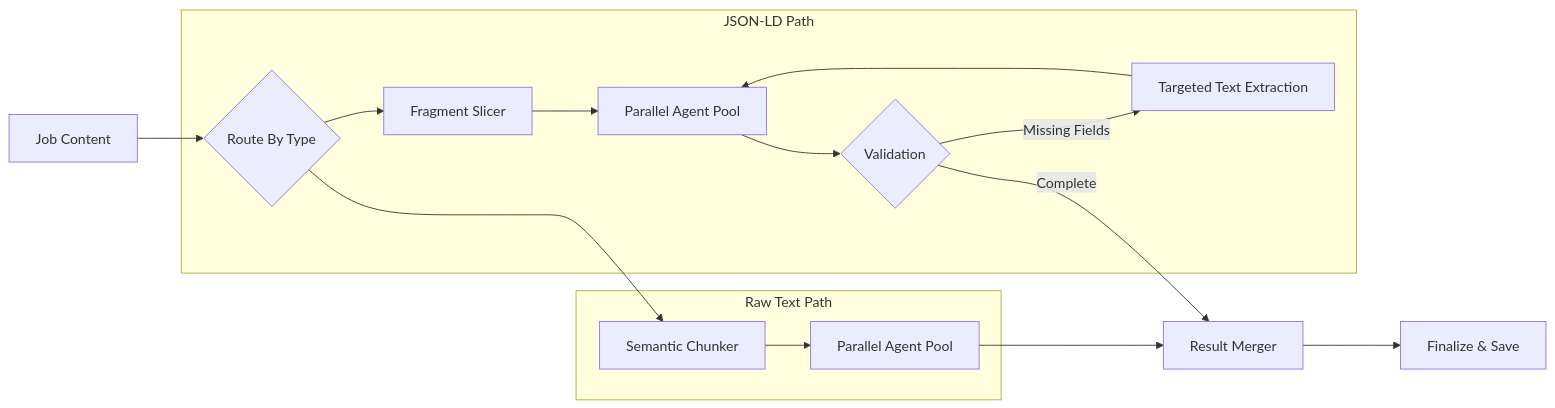
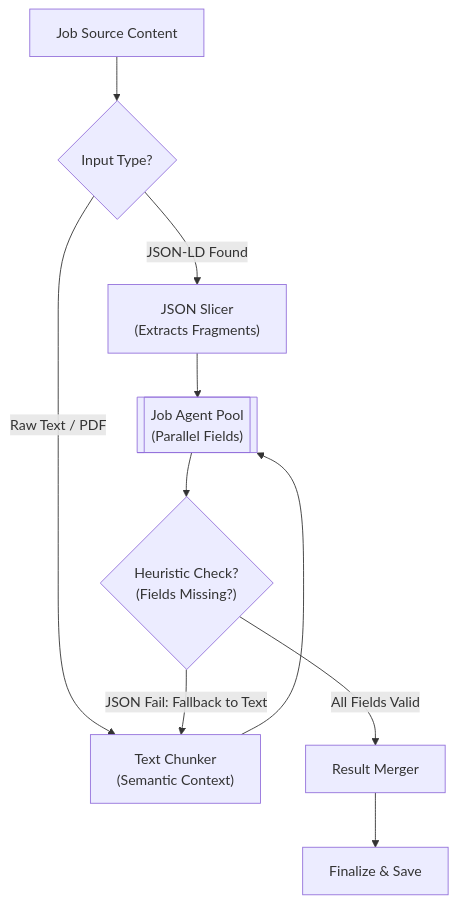
One commit to yicheinchang/lard changed the second of 2 diagrams in backend/README.md. Above: the diagram before and after it, drawn with Mermaid. The commit also changed other lines of this file, not shown here.

Commit message:
docs(ai): revert to TD diagram and clarify text path re-use

````diff
--- a/backend/README.md
+++ b/backend/README.md
@@ -116,21 +115,17 @@
 ```mermaid
-graph LR
-    Source["Job Content"] --> Router{"Route By Type"}
+graph TD
+    Source["Job Source Content"] --> Router{"Input Type?"}
     
-    subgraph JSON_LD_Pipeline [JSON-LD Path]
-        Router --> Slicer["Fragment Slicer"]
-        Slicer --> Agents["Parallel Agent Pool"]
-        Agents --> Heuristic{"Validation"}
-        Heuristic -- "Missing Fields" --> Fallback["Targeted Text Extraction"]
-        Fallback --> Agents
-    end
+    Router -- "JSON-LD Found" --> Slicer["JSON Slicer<br/>(Extracts Fragments)"]
+    Router -- "Raw Text / PDF" --> Chunker["Text Chunker<br/>(Semantic Context)"]
     
-    subgraph Text_Pipeline [Raw Text Path]
-        Router --> Chunker["Semantic Chunker"]
-        Chunker --> TAgents["Parallel Agent Pool"]
-    end
+    Slicer --> JPool[["Job Agent Pool<br/>(Parallel Fields)"]]
+    Chunker --> JPool
     
-    Heuristic -- "Complete" --> Merger["Result Merger"]
-    TAgents --> Merger
+    JPool --> Heuristic{"Heuristic Check?<br/>(Fields Missing?)"}
+    
+    Heuristic -- "JSON Fail: Fallback to Text" --> Chunker
+    
+    Heuristic -- "All Fields Valid" --> Merger["Result Merger"]
     Merger --> Final["Finalize & Save"]
 ```
````
